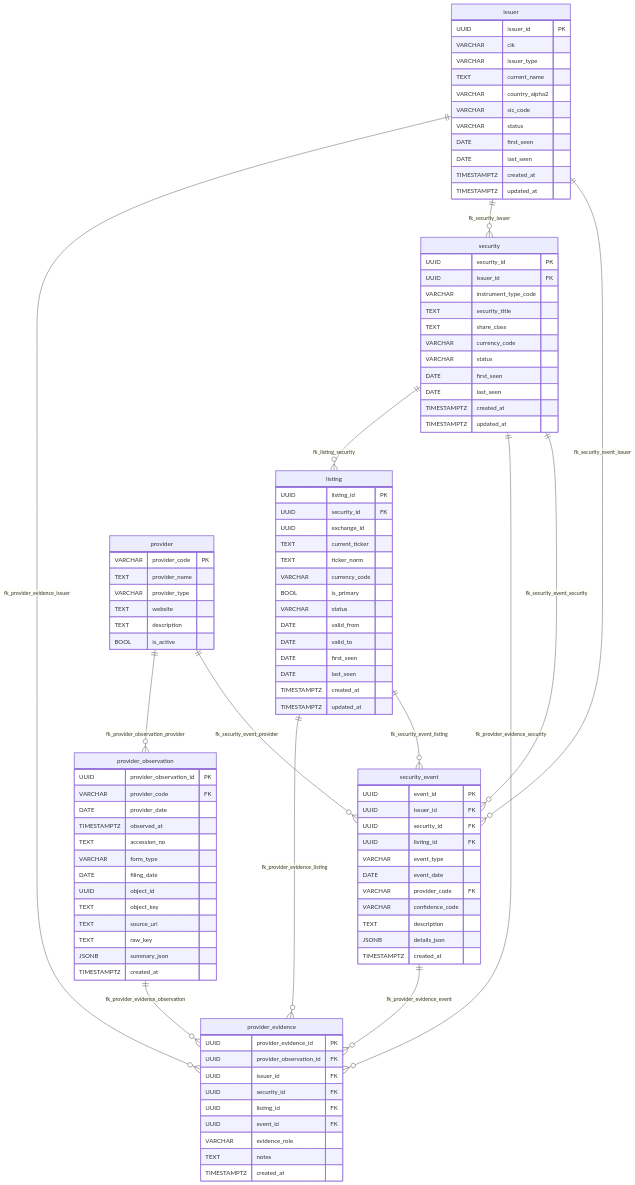
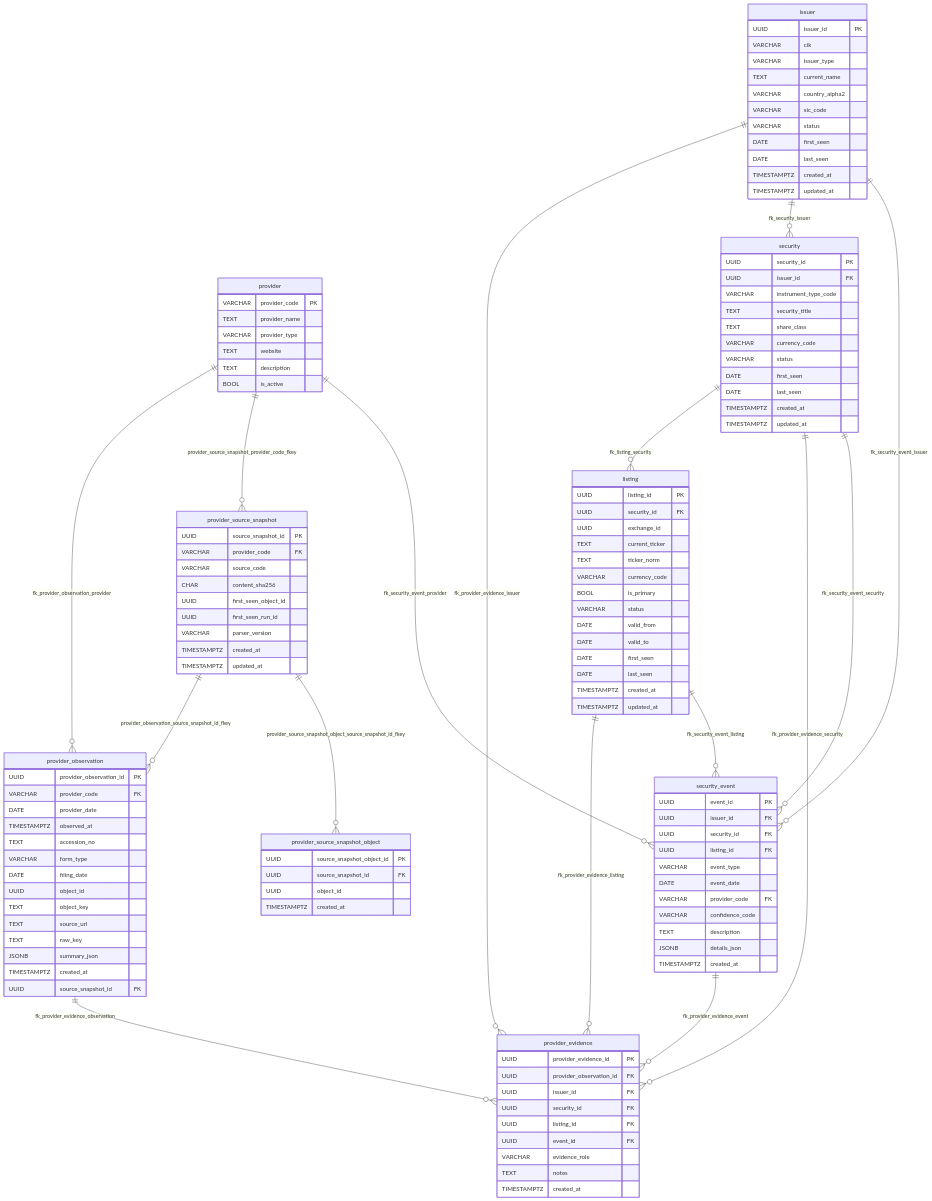
The diagram in docs/db/stonks/generated/erd-groups/provider-evidence.md (cmhettinger/empire), drawn with Mermaid before and after one commit. The commit also changed 21 other files, not shown here.

```diff
--- a/docs/db/stonks/generated/erd-groups/provider-evidence.md
+++ b/docs/db/stonks/generated/erd-groups/provider-evidence.md
@@ -66,6 +66,26 @@
     TEXT raw_key
     JSONB summary_json
     TIMESTAMPTZ created_at
+    UUID source_snapshot_id FK
+  }
+
+  provider_source_snapshot {
+    UUID source_snapshot_id PK
+    VARCHAR provider_code FK
+    VARCHAR source_code
+    CHAR content_sha256
+    UUID first_seen_object_id
+    UUID first_seen_run_id
+    VARCHAR parser_version
+    TIMESTAMPTZ created_at
+    TIMESTAMPTZ updated_at
+  }
+
+  provider_source_snapshot_object {
+    UUID source_snapshot_object_id PK
+    UUID source_snapshot_id FK
+    UUID object_id
+    TIMESTAMPTZ created_at
   }
 
   security {
@@ -103,6 +123,9 @@
   provider_observation ||--o{ provider_evidence : "fk_provider_evidence_observation"
   security ||--o{ provider_evidence : "fk_provider_evidence_security"
   provider ||--o{ provider_observation : "fk_provider_observation_provider"
+  provider_source_snapshot ||--o{ provider_observation : "provider_observation_source_snapshot_id_fkey"
+  provider ||--o{ provider_source_snapshot : "provider_source_snapshot_provider_code_fkey"
+  provider_source_snapshot ||--o{ provider_source_snapshot_object : "provider_source_snapshot_object_source_snapshot_id_fkey"
   issuer ||--o{ security : "fk_security_issuer"
   issuer ||--o{ security_event : "fk_security_event_issuer"
   listing ||--o{ security_event : "fk_security_event_listing"
```
